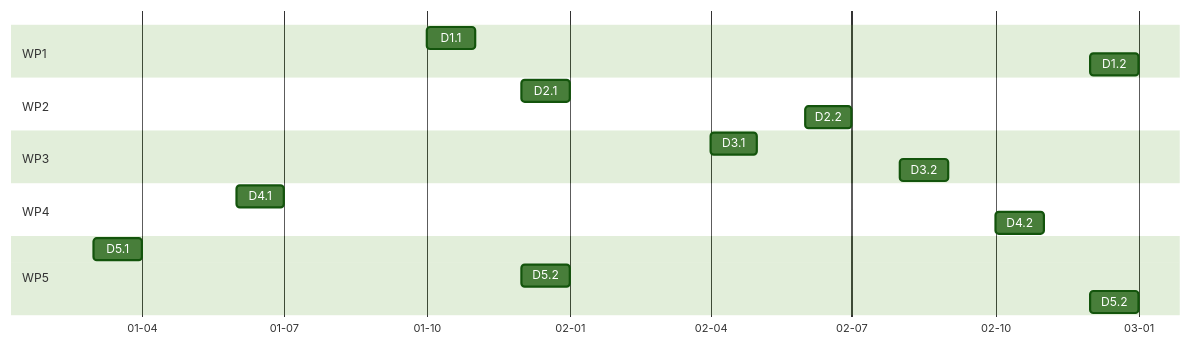
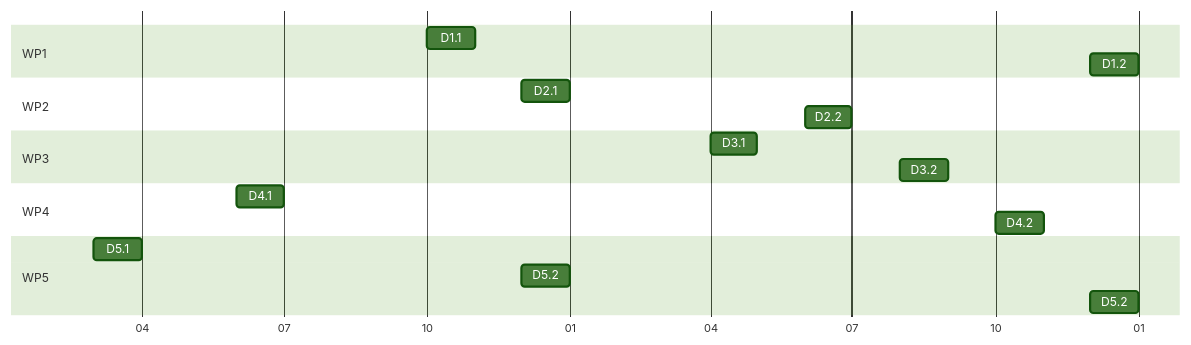
The diagram in content/deliverables/index.md (REWILD-FIRE/rewild_fire_website), drawn with Mermaid (forest theme) before and after one commit.

Commit message:
Update index.md
Try to have rectangles around my labels on the gant chart

````diff
--- a/content/deliverables/index.md
+++ b/content/deliverables/index.md
@@ -13,21 +13,21 @@
 ```mermaid
 gantt
   dateFormat  YY-MM
-  axisFormat %y-%m
+  axisFormat %m
   section WP1
-  D1.1     : 01-10, 1M
-  D1.2     : 02-12, 1M
+  D1.1     :a1, 01-10, 1M
+  D1.2     :a2, 02-12, 1M
   section WP2
-  D2.1     : 01-12, 1M
-  D2.2     : 02-06, 1M
+  D2.1     :a3, 01-12, 1M
+  D2.2     :a4, 02-06, 1M
   section WP3
-  D3.1     : 02-04, 1M
-  D3.2     : 02-08, 1M
+  D3.1     :a5, 02-04, 1M
+  D3.2     :a6, 02-08, 1M
   section WP4
-  D4.1     : 01-06, 1M
-  D4.2     : 02-10, 1M
+  D4.1     :a7, 01-06, 1M
+  D4.2     :a8, 02-10, 1M
   section WP5
-  D5.1     : 01-03, 1M
-  D5.2     : 01-12, 1M
-  D5.2     : 02-12, 1M
+  D5.1     :a9, 01-03, 1M
+  D5.2     :a10, 01-12, 1M
+  D5.2     :a11, 02-12, 1M
 ```
````
